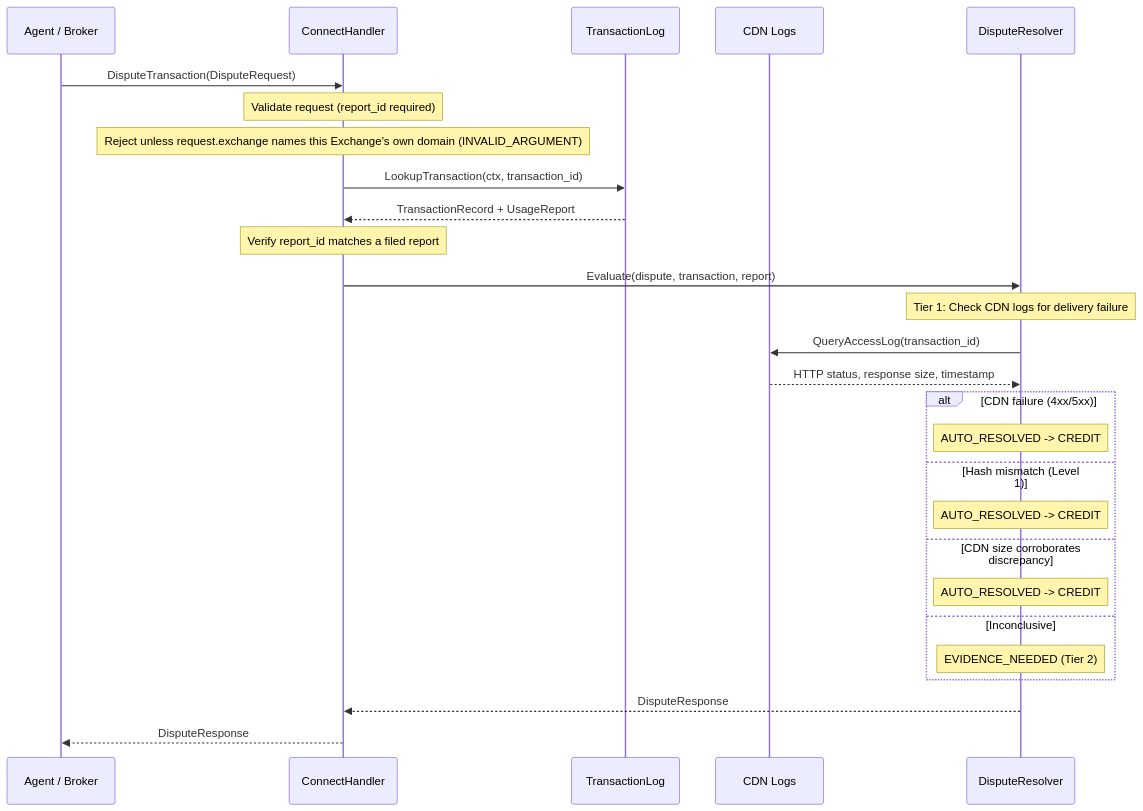
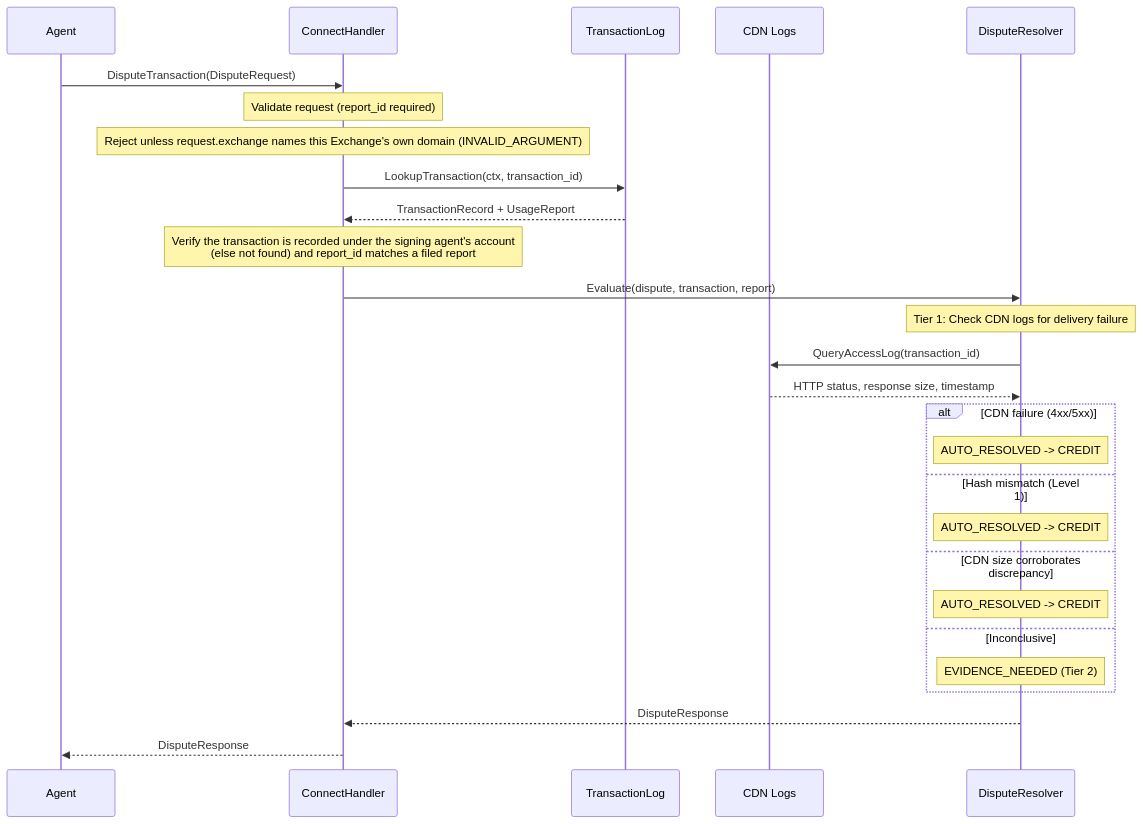
One commit to FORA-Protocol/protocol changed the fifth of 5 diagrams in website/src/content/docs/components/exchange/request-flows.mdx. Above: the diagram before and after it, drawn with Mermaid. The commit also changed other lines of this file and 46 other files, not shown here.

````diff
--- a/website/src/content/docs/components/exchange/request-flows.mdx
+++ b/website/src/content/docs/components/exchange/request-flows.mdx
@@ -875,38 +896,38 @@
 ```mermaid
 sequenceDiagram
-    participant Agent as Agent / Broker
+    participant Agent
     participant Handler as ConnectHandler
     participant TxLog as TransactionLog
     participant CDN as CDN Logs
     participant Resolver as DisputeResolver
 
     Agent->>Handler: DisputeTransaction(DisputeRequest)
 
     Note over Handler: Validate request (report_id required)
     Note over Handler: Reject unless request.exchange names this Exchange's own domain (INVALID_ARGUMENT)
 
     Handler->>TxLog: LookupTransaction(ctx, transaction_id)
     TxLog-->>Handler: TransactionRecord + UsageReport
 
-    Note over Handler: Verify report_id matches a filed report
+    Note over Handler: Verify the transaction is recorded under the signing agent's account<br/>(else not found) and report_id matches a filed report
 
     Handler->>Resolver: Evaluate(dispute, transaction, report)
 
     Note over Resolver: Tier 1: Check CDN logs for delivery failure
     Resolver->>CDN: QueryAccessLog(transaction_id)
     CDN-->>Resolver: HTTP status, response size, timestamp
 
     alt CDN failure (4xx/5xx)
         Note over Resolver: AUTO_RESOLVED -> CREDIT
     else Hash mismatch (Level 1)
         Note over Resolver: AUTO_RESOLVED -> CREDIT
     else CDN size corroborates discrepancy
         Note over Resolver: AUTO_RESOLVED -> CREDIT
     else Inconclusive
         Note over Resolver: EVIDENCE_NEEDED (Tier 2)
     end
 
     Resolver-->>Handler: DisputeResponse
 
     Handler-->>Agent: DisputeResponse
 ```
````
